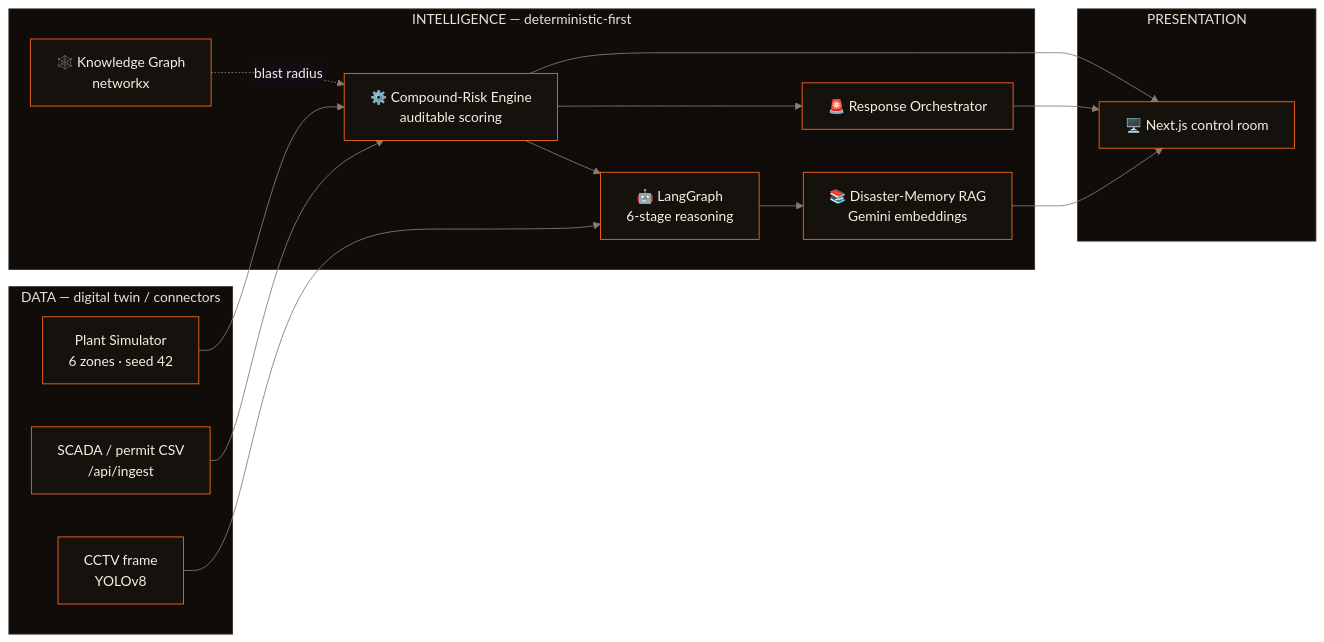
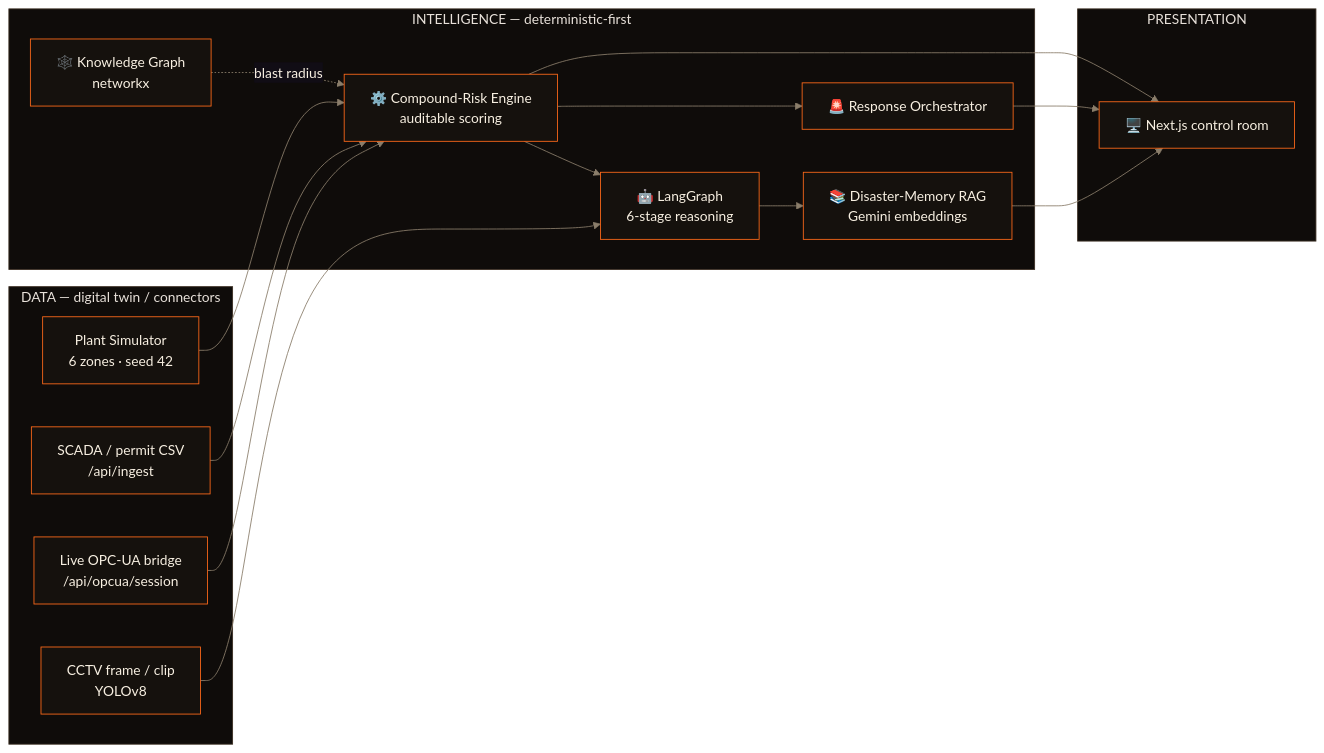
The third of 8 diagrams in README.md (SaudSatopay/trinetra), drawn with Mermaid before and after one commit. The commit also changed other lines of this file, not shown here.

First line of the commit message:
Polish the README: surface measured perf + fleet economics, fix the route count, add diagrams

````diff
--- a/README.md
+++ b/README.md
@@ -100,28 +142,30 @@
 ```mermaid
 %%{init: {'theme':'base','themeVariables':{'primaryColor':'#15110d','primaryTextColor':'#f7efe1','primaryBorderColor':'#ff6a1a','lineColor':'#8a7d6a','clusterBkg':'#0f0c0a','clusterBorder':'#3b2e22','fontFamily':'ui-monospace, monospace'}}}%%
 flowchart LR
   subgraph DATA["DATA — digital twin / connectors"]
     SIM["Plant Simulator<br/>6 zones · seed 42"]
     CSV["SCADA / permit CSV<br/>/api/ingest"]
-    CAM["CCTV frame<br/>YOLOv8"]
+    OPC["Live OPC-UA bridge<br/>/api/opcua/session"]
+    CAM["CCTV frame / clip<br/>YOLOv8"]
   end
   subgraph INTEL["INTELLIGENCE — deterministic-first"]
     ENG["⚙️ Compound-Risk Engine<br/>auditable scoring"]
     KG["🕸️ Knowledge Graph<br/>networkx"]
     AG["🤖 LangGraph<br/>6-stage reasoning"]
     RAG["📚 Disaster-Memory RAG<br/>Gemini embeddings"]
     RESP["🚨 Response Orchestrator"]
   end
   subgraph PRES["PRESENTATION"]
     HMI["🖥️ Next.js control room"]
   end
   SIM --> ENG
   CSV --> ENG
+  OPC --> ENG
   CAM --> AG
   KG -.blast radius.-> ENG
   ENG --> AG --> RAG
   ENG --> RESP
   ENG --> HMI
   RAG --> HMI
   RESP --> HMI
 ```
````
